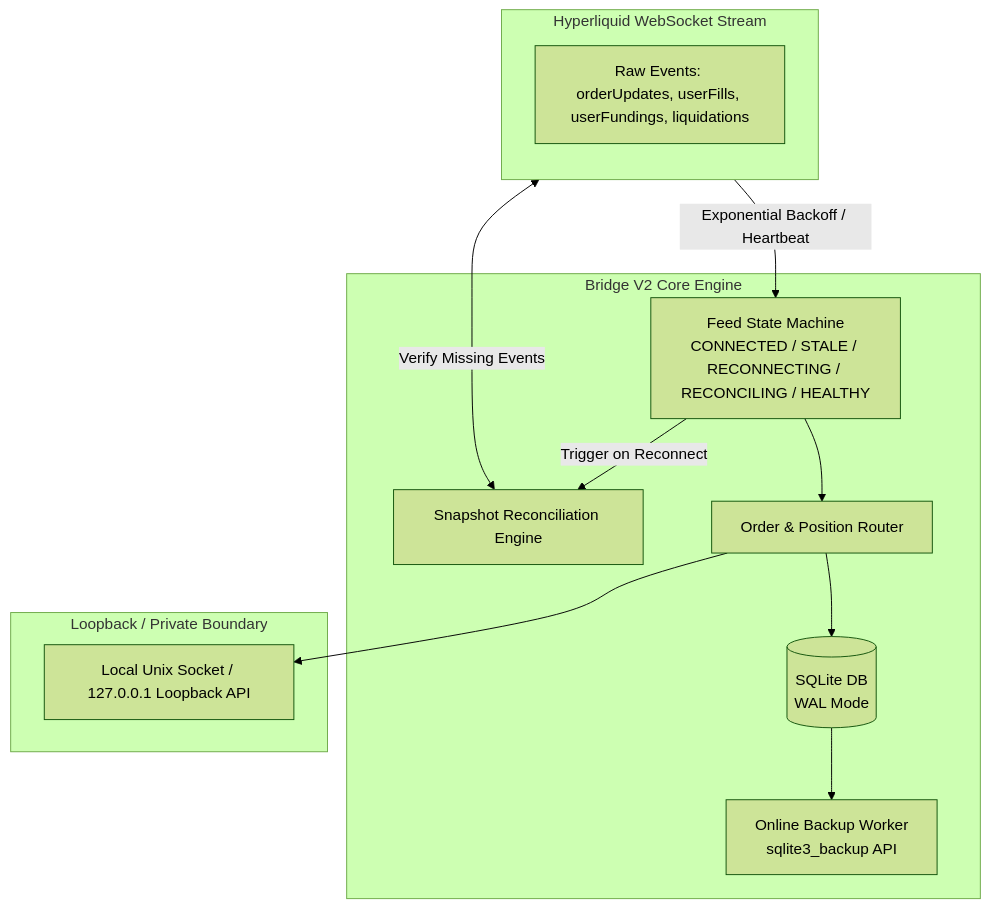
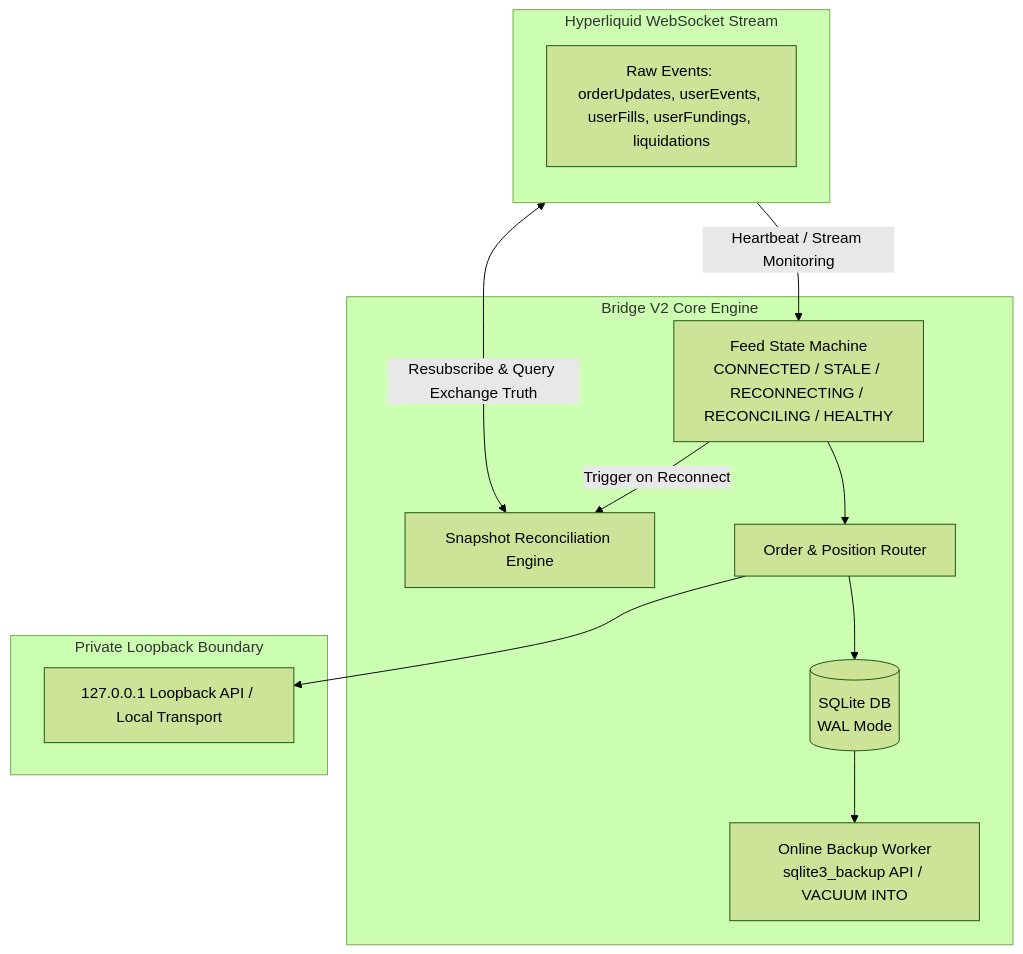
Before and after one commit to bsemaay-tech/mtc-command-center: the first of 2 diagrams in MTC_COMMAND_CENTER/11_TRIAGE/V2_DASHBOARD_EXTERNAL_RESEARCH_DRAFT_2026-08-17.md, drawn with Mermaid (forest theme). The commit also changed other lines of this file, not shown here.

````diff
--- a/MTC_COMMAND_CENTER/11_TRIAGE/V2_DASHBOARD_EXTERNAL_RESEARCH_DRAFT_2026-08-17.md
+++ b/MTC_COMMAND_CENTER/11_TRIAGE/V2_DASHBOARD_EXTERNAL_RESEARCH_DRAFT_2026-08-17.md
@@ -53,27 +54,27 @@
 ```mermaid
 flowchart TD
     subgraph HyperliquidWS [Hyperliquid WebSocket Stream]
         direction TB
-        RawEvents[Raw Events: orderUpdates, userFills, userFundings, liquidations]
+        RawEvents[Raw Events: orderUpdates, userEvents, userFills, userFundings, liquidations]
     end
 
     subgraph BridgeCore [Bridge V2 Core Engine]
         FSM[Feed State Machine\nCONNECTED / STALE / RECONNECTING / RECONCILING / HEALTHY]
         Recon[Snapshot Reconciliation Engine]
         OrderRouter[Order & Position Router]
         WAL[(SQLite DB\nWAL Mode)]
-        BackupWorker[Online Backup Worker\nsqlite3_backup API]
+        BackupWorker[Online Backup Worker\nsqlite3_backup API / VACUUM INTO]
     end
 
-    subgraph SecurityBoundary [Loopback / Private Boundary]
-        LocalIPC[Local Unix Socket / 127.0.0.1 Loopback API]
+    subgraph SecurityBoundary [Private Loopback Boundary]
+        LocalIPC[127.0.0.1 Loopback API / Local Transport]
     end
 
-    RawEvents -->|Exponential Backoff / Heartbeat| FSM
+    RawEvents -->|Heartbeat / Stream Monitoring| FSM
     FSM -->|Trigger on Reconnect| Recon
-    Recon <-->|Verify Missing Events| RawEvents
+    Recon <-->|Resubscribe & Query Exchange Truth| RawEvents
     FSM --> OrderRouter
     OrderRouter --> WAL
     WAL --> BackupWorker
     OrderRouter --> LocalIPC
 ```
````
